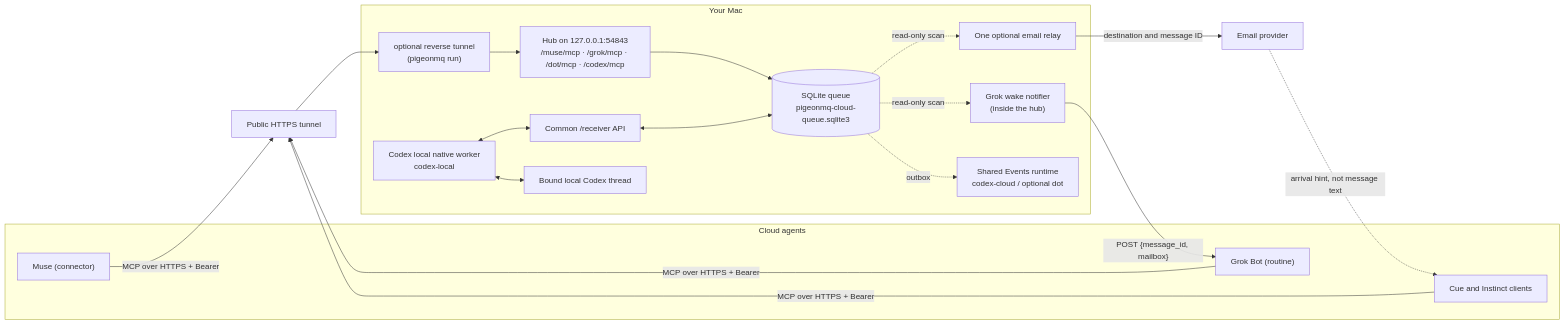
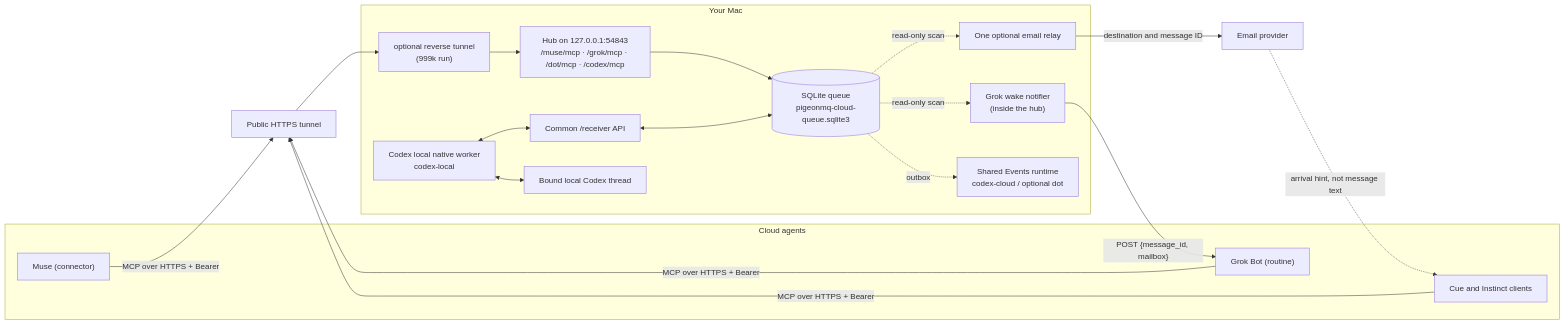
One commit to lazy9sascha/999k changed the first of 5 diagrams in docs/architecture.md. Above: the diagram before and after it, drawn with Mermaid. The commit also changed other lines of this file and 197 other files, not shown here.

````diff
--- a/docs/architecture.md
+++ b/docs/architecture.md
@@ -18,34 +18,34 @@
 ```mermaid
 flowchart LR
     subgraph Cloud["Cloud agents"]
         Muse["Muse (connector)"]
         Grok["Grok Bot (routine)"]
         Mail["Cue and Instinct clients"]
     end
     TG["Public HTTPS tunnel"]
     Email["Email provider"]
     subgraph Mac["Your Mac"]
-        SSH["optional reverse tunnel<br/>(pigeonmq run)"]
+        SSH["optional reverse tunnel<br/>(999k run)"]
         Hub["Hub on 127.0.0.1:54843<br/>/muse/mcp · /grok/mcp · /dot/mcp · /codex/mcp"]
         Q[("SQLite queue<br/>pigeonmq-cloud-queue.sqlite3")]
         Wake["Grok wake notifier<br/>(inside the hub)"]
         Relay["One optional email relay"]
         Receiver["Common /receiver API"]
         Worker["Codex local native worker<br/>codex-local"]
         Native["Bound local Codex thread"]
         Events["Shared Events runtime<br/>codex-cloud / optional dot"]
     end
     Muse -- "MCP over HTTPS + Bearer" --> TG
     Grok -- "MCP over HTTPS + Bearer" --> TG
     Mail -- "MCP over HTTPS + Bearer" --> TG
     TG --> SSH --> Hub --> Q
     Q -. "read-only scan" .-> Relay
     Relay -- "destination and message ID" --> Email
     Email -. "arrival hint, not message text" .-> Mail
     Q -. "read-only scan" .-> Wake
     Wake -- "POST {message_id, mailbox}" --> Grok
     Worker <--> Receiver
     Receiver <--> Q
     Worker <--> Native
     Q -. "outbox" .-> Events
 ```
````
